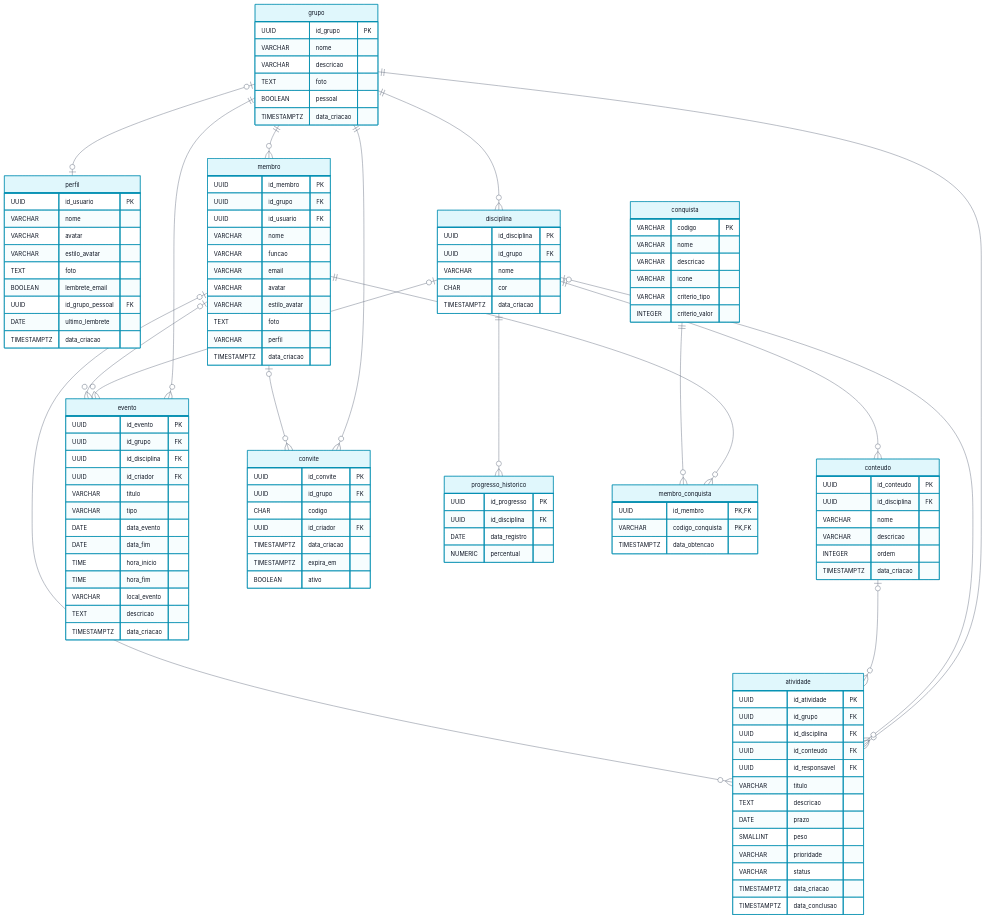
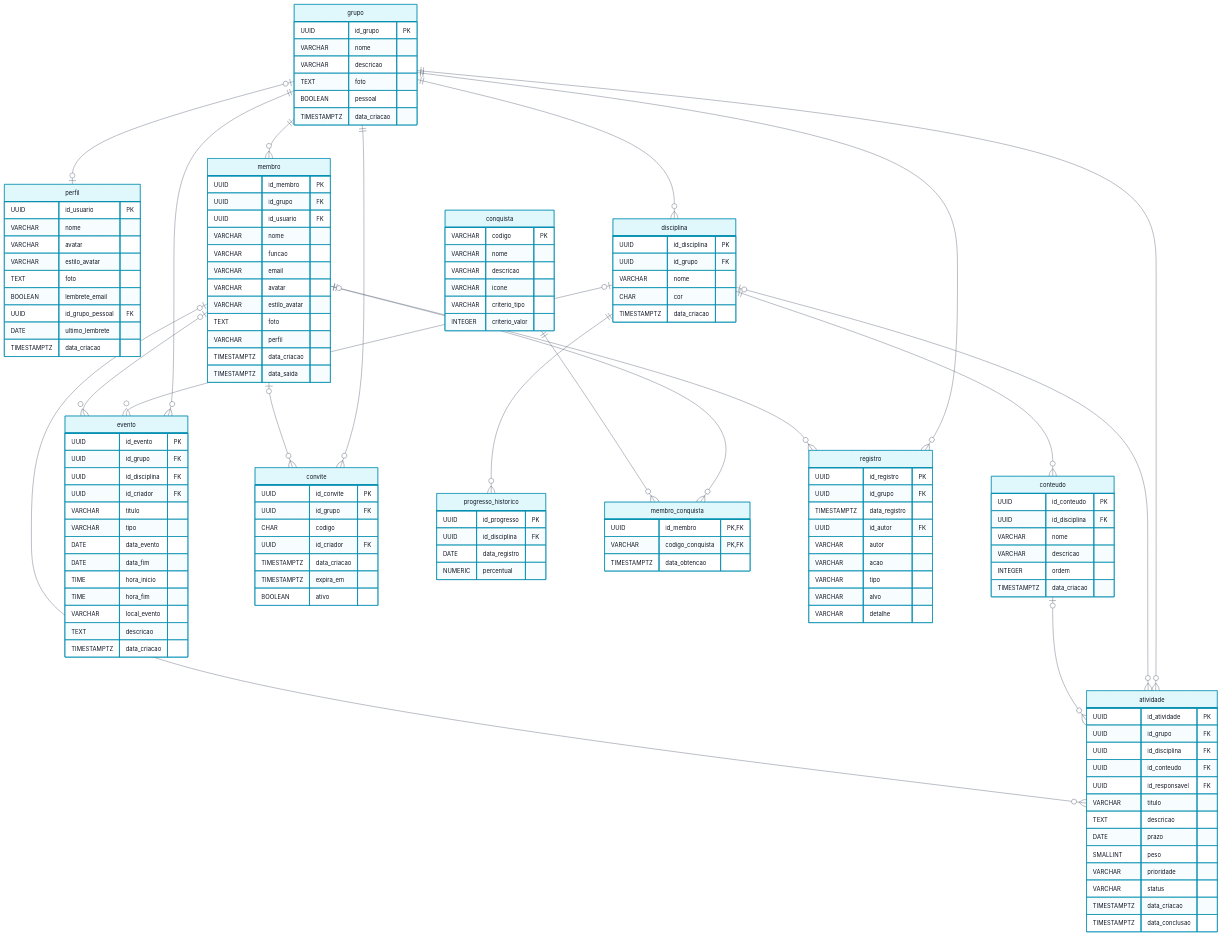
The first of 2 diagrams in banco-de-dados/02-modelo-logico.md (dedeyfogaca/equipe7-vertice), drawn with Mermaid before and after one commit. The commit also changed other lines of this file and 24 other files, not shown here.

````diff
--- a/banco-de-dados/02-modelo-logico.md
+++ b/banco-de-dados/02-modelo-logico.md
@@ -47,6 +47,7 @@
         TEXT foto
         VARCHAR perfil
         TIMESTAMPTZ data_criacao
+        TIMESTAMPTZ data_saida
     }
 
     disciplina {
@@ -130,6 +131,18 @@
         TIMESTAMPTZ data_obtencao
     }
 
+    registro {
+        UUID id_registro PK
+        UUID id_grupo FK
+        TIMESTAMPTZ data_registro
+        UUID id_autor FK
+        VARCHAR autor
+        VARCHAR acao
+        VARCHAR tipo
+        VARCHAR alvo
+        VARCHAR detalhe
+    }
+
     grupo ||--o{ membro : ""
     grupo |o--o| perfil : ""
     grupo ||--o{ disciplina : ""
@@ -146,5 +159,7 @@
     disciplina ||--o{ progresso_historico : ""
     membro ||--o{ membro_conquista : ""
     conquista ||--o{ membro_conquista : ""
+    grupo ||--o{ registro : ""
+    membro |o--o{ registro : ""
 
 ```
````
